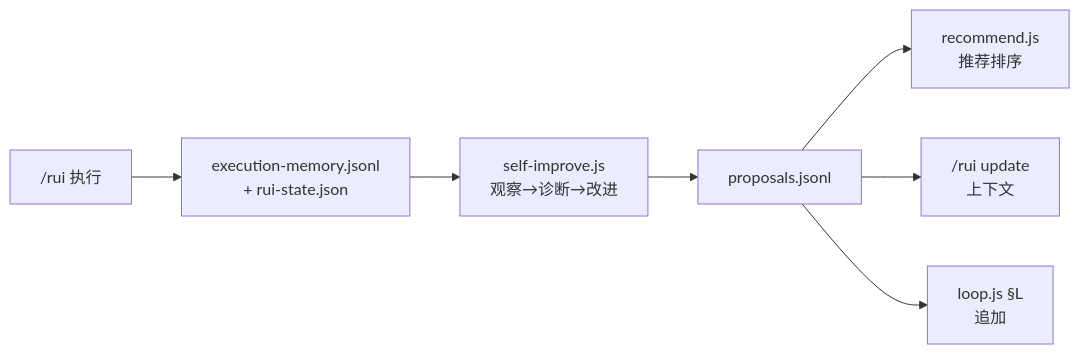
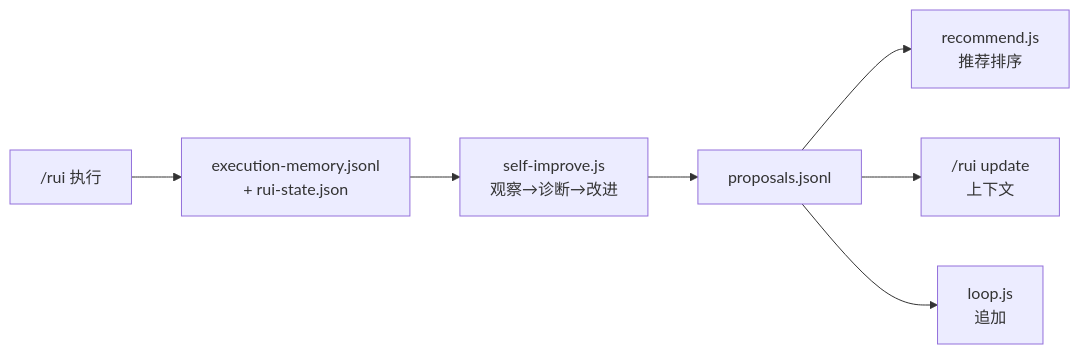
One commit to effiy/YrY changed the third of 3 diagrams in skills/rui/coder.md. Above: the diagram before and after it, drawn with Mermaid. The commit also changed other lines of this file and 25 other files, not shown here.

````diff
--- a/skills/rui/coder.md
+++ b/skills/rui/coder.md
@@ -255,9 +255,9 @@
 ```mermaid
 flowchart LR
     A["/rui 执行"] --> B["execution-memory.jsonl<br/>+ rui-state.json"]
     B --> C["self-improve.js<br/>观察→诊断→改进"]
     C --> D[proposals.jsonl]
     D --> E1["recommend.js<br/>推荐排序"]
     D --> E2["/rui update<br/>上下文"]
-    D --> E3["loop.js §L<br/>追加"]
+    D --> E3["loop.js<br/>追加"]
 ```
````
